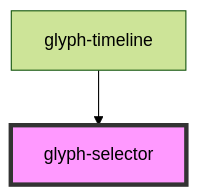
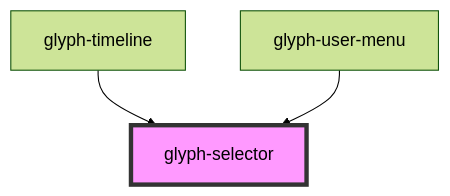
One commit to adrianiy/synth-ui changed the diagram in packages/glyph-components/src/components/selector/readme.md. Above: the diagram before and after it, drawn with Mermaid (forest theme). The commit also changed other lines of this file and 16 other files, not shown here.

Commit message:
feat(components): add application configuration in user menu

````diff
--- a/packages/glyph-components/src/components/selector/readme.md
+++ b/packages/glyph-components/src/components/selector/readme.md
@@ -33,5 +34,6 @@
 ```mermaid
 graph TD;
   glyph-timeline --> glyph-selector
+  glyph-user-menu --> glyph-selector
   style glyph-selector fill:#f9f,stroke:#333,stroke-width:4px
 ```
````
